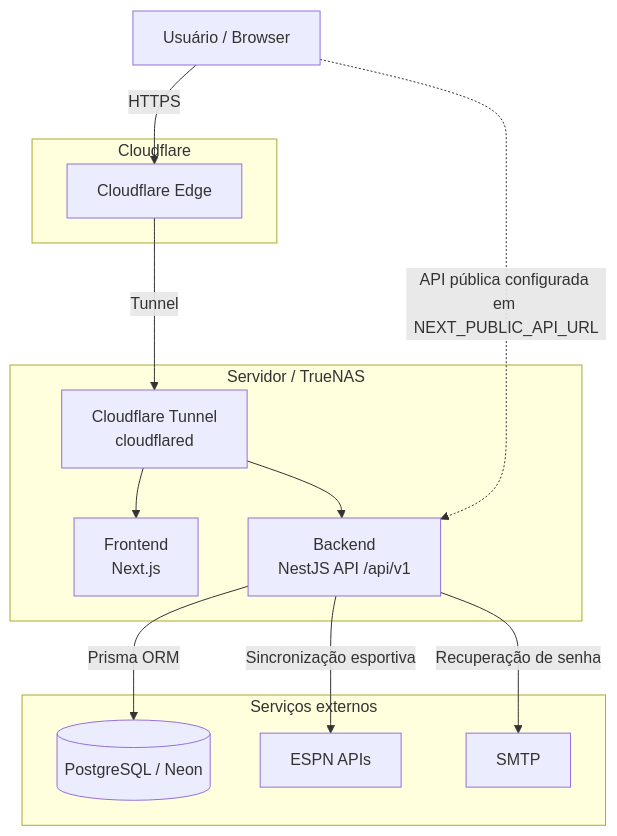
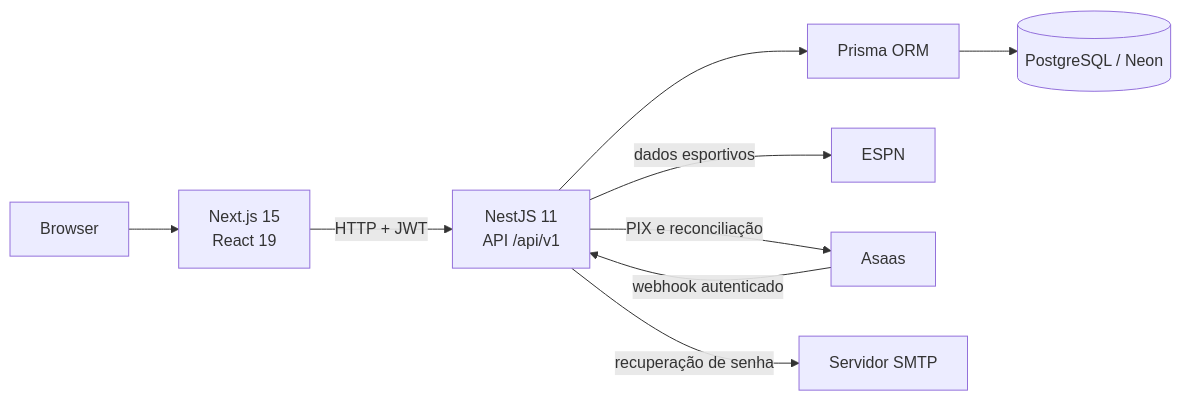
One commit to WashingtonJLP/MatchPredict changed the first of 3 diagrams in docs/06-arquitetura.md. Above: the diagram before and after it, drawn with Mermaid. The commit also changed other lines of this file, not shown here.

````diff
--- a/docs/06-arquitetura.md
+++ b/docs/06-arquitetura.md
@@ -23,31 +7,19 @@
 ```mermaid
-flowchart TD
-    browser[Usuário / Browser]
+flowchart LR
+    browser[Browser]
+    frontend[Next.js 15<br/>React 19]
+    backend[NestJS 11<br/>API /api/v1]
+    prisma[Prisma ORM]
+    db[(PostgreSQL / Neon)]
+    espn[ESPN]
+    asaas[Asaas]
+    smtp[Servidor SMTP]
 
-    subgraph cloudflare[Cloudflare]
-        edge[Cloudflare Edge]
-    end
-
-    subgraph host[Servidor / TrueNAS]
-        tunnel[Cloudflare Tunnel<br/>cloudflared]
-        frontend[Frontend<br/>Next.js]
-        backend[Backend<br/>NestJS API /api/v1]
-    end
-
-    subgraph external[Serviços externos]
-        db[(PostgreSQL / Neon)]
-        espn[ESPN APIs]
-        smtp[SMTP]
-    end
-
-    browser -->|HTTPS| edge
-    edge -->|Tunnel| tunnel
-    tunnel --> frontend
-    tunnel --> backend
-
-    browser -.->|API pública configurada em NEXT_PUBLIC_API_URL| backend
-
-    backend -->|Prisma ORM| db
-    backend -->|Sincronização esportiva| espn
-    backend -->|Recuperação de senha| smtp
+    browser --> frontend
+    frontend -->|HTTP + JWT| backend
+    backend --> prisma --> db
+    backend -->|dados esportivos| espn
+    backend -->|PIX e reconciliação| asaas
+    asaas -->|webhook autenticado| backend
+    backend -->|recuperação de senha| smtp
 ```
````
